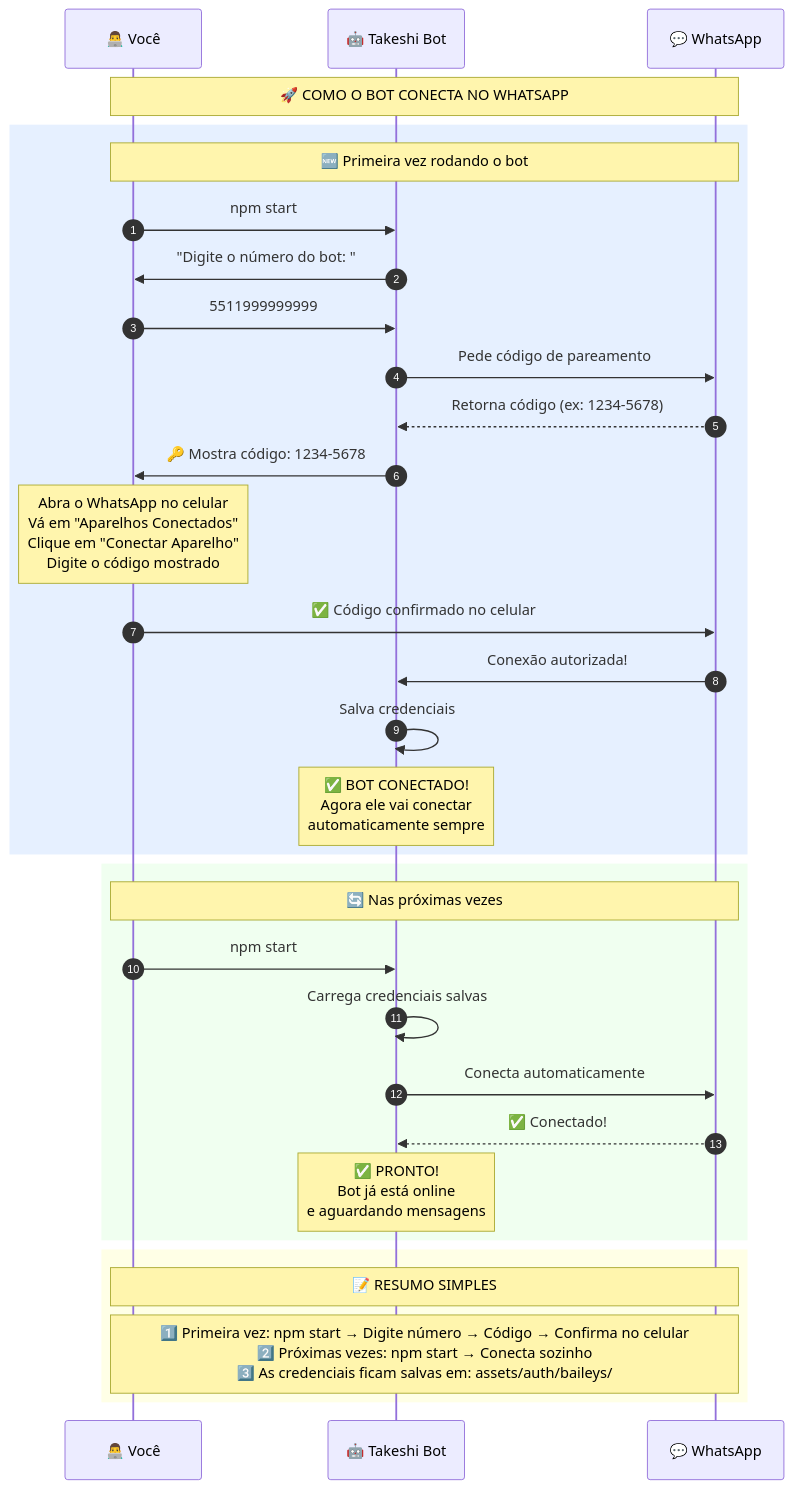
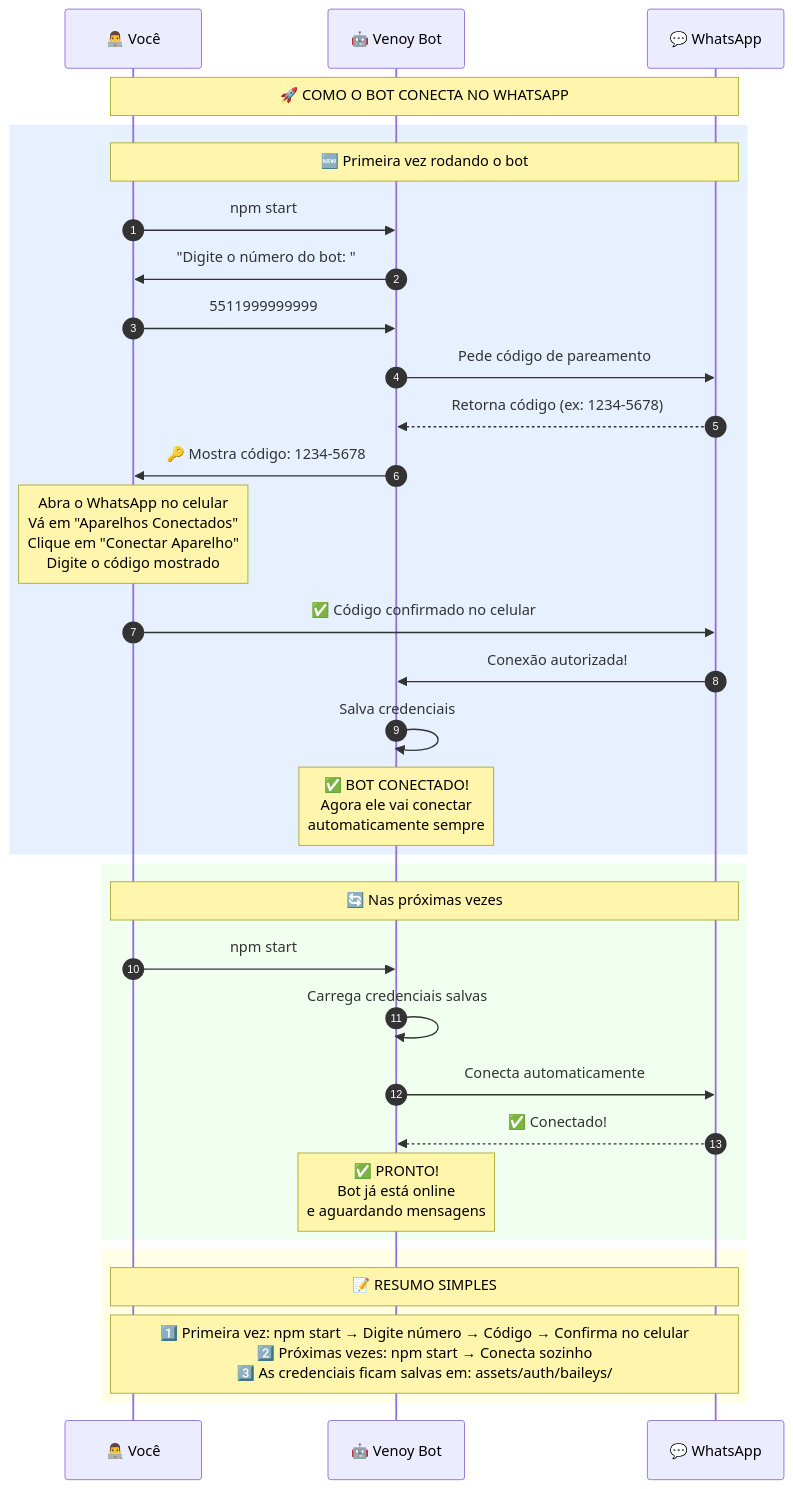
One commit to paulovenoy/venoyBot changed the diagram in diagrams/1-connection-lifecycle.mermaid. Above: the diagram before and after it, drawn with Mermaid. The commit also changed 19 other files, not shown here.

Commit message:
💙 feat: atualiza Venoy Bot v7.10.0 com tema azul, /rename corrigido, /pack, /padd e /figsom

```diff
--- a/diagrams/1-connection-lifecycle.mermaid
+++ b/diagrams/1-connection-lifecycle.mermaid
@@ -1,46 +1,46 @@
 sequenceDiagram
     autonumber
     participant Dev as 👨‍💻 Você
-    participant Bot as 🤖 Takeshi Bot
+    participant Bot as 🤖 Venoy Bot
     participant WA as 💬 WhatsApp
 
     Note over Dev,WA: 🚀 COMO O BOT CONECTA NO WHATSAPP
 
     %% ========== PRIMEIRA VEZ ==========
     rect rgb(230, 240, 255)
         Note over Dev,WA: 🆕 Primeira vez rodando o bot
         
         Dev->>Bot: npm start
         Bot->>Dev: "Digite o número do bot: "
         Dev->>Bot: 5511999999999
         
         Bot->>WA: Pede código de pareamento
         WA-->>Bot: Retorna código (ex: 1234-5678)
         Bot->>Dev: 🔑 Mostra código: 1234-5678
         
         Note over Dev: Abra o WhatsApp no celular<br/>Vá em "Aparelhos Conectados"<br/>Clique em "Conectar Aparelho"<br/>Digite o código mostrado
         
         Dev->>WA: ✅ Código confirmado no celular
         WA->>Bot: Conexão autorizada!
         Bot->>Bot: Salva credenciais
         
         Note over Bot: ✅ BOT CONECTADO!<br/>Agora ele vai conectar<br/>automaticamente sempre
     end
 
     %% ========== PRÓXIMAS VEZES ==========
     rect rgb(240, 255, 240)
         Note over Dev,WA: 🔄 Nas próximas vezes
         
         Dev->>Bot: npm start
         Bot->>Bot: Carrega credenciais salvas
         Bot->>WA: Conecta automaticamente
         WA-->>Bot: ✅ Conectado!
         
         Note over Bot: ✅ PRONTO!<br/>Bot já está online<br/>e aguardando mensagens
     end
 
     %% ========== RESUMO ==========
     rect rgb(255, 255, 230)
         Note over Dev,WA: 📝 RESUMO SIMPLES
         Note over Dev,WA: 1️⃣ Primeira vez: npm start → Digite número → Código → Confirma no celular<br/>2️⃣ Próximas vezes: npm start → Conecta sozinho<br/>3️⃣ As credenciais ficam salvas em: assets/auth/baileys/
     end
```
